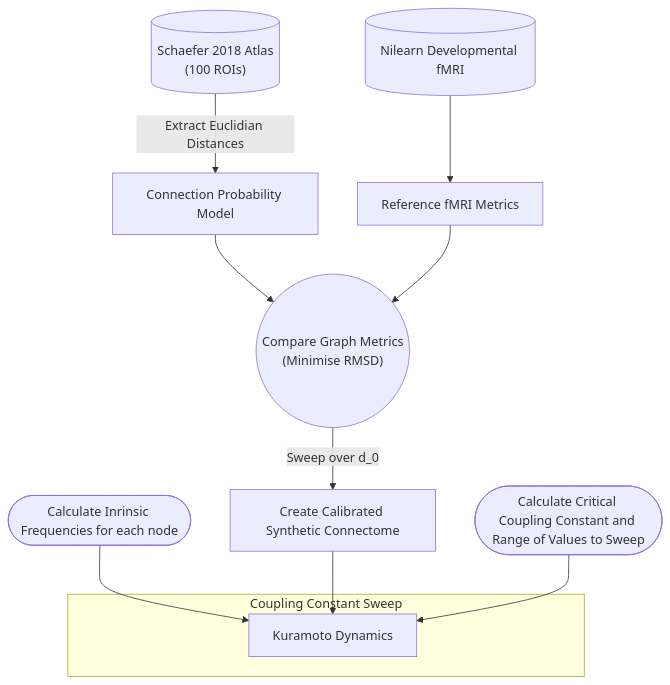
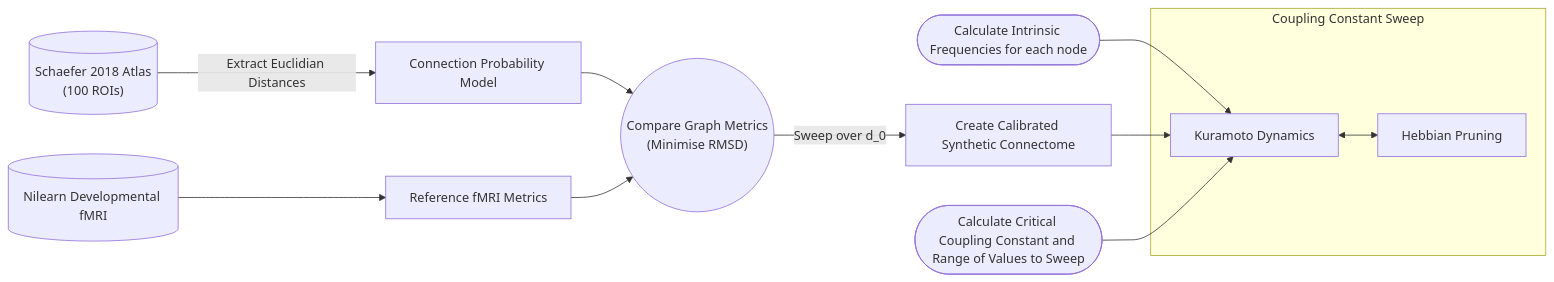
Before and after one commit to R-eya/Kuramoto-Hebbian-Style-Pruning-of-Synthetic-Connectomes: the diagram in README.md, drawn with Mermaid.

````diff
--- a/README.md
+++ b/README.md
@@ -7,15 +7,15 @@
 ```mermaid
-flowchart TD
+flowchart LR
     Q[("Schaefer 2018 Atlas <br> (100 ROIs)")] -->|Extract Euclidian Distances| W[Connection Probability Model] -->C
 
-    G([Calculate Inrinsic Frequencies for each node]) --> E[Kuramoto Dynamics]
+    G([Calculate Intrinsic Frequencies for each node]) --> E[Kuramoto Dynamics]
     A[(Nilearn Developmental fMRI)] -->B[Reference fMRI Metrics]--> C(("Compare Graph Metrics <br> (Minimise RMSD)" )) -->|Sweep over d_0 | D[Create Calibrated Synthetic Connectome]
     D --> E
 
     F([Calculate Critical Coupling Constant and Range of Values to Sweep]) --> E
 
    %% Grouping Kuramoto Dynamics and its internal subroutine
     subgraph Kuramoto_Simulation ["Coupling Constant Sweep"]
-        E[Kuramoto Dynamics]
+        E[Kuramoto Dynamics] <--> I[Hebbian Pruning]
     end
 ```
````
